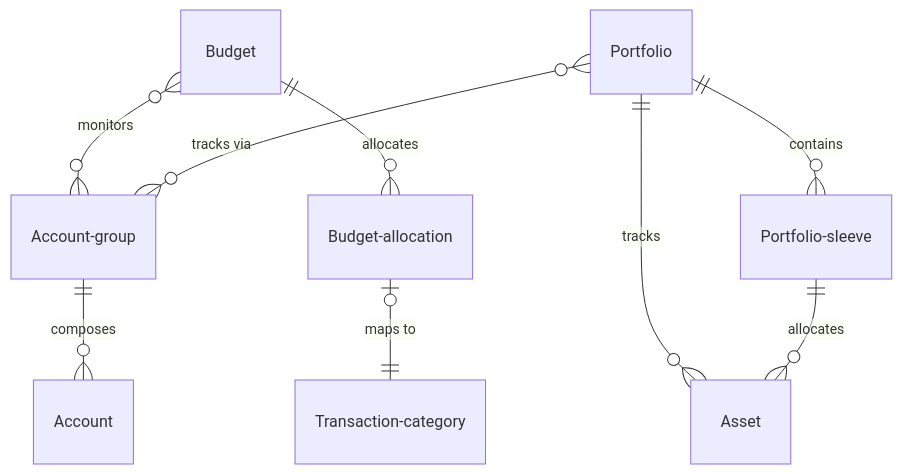
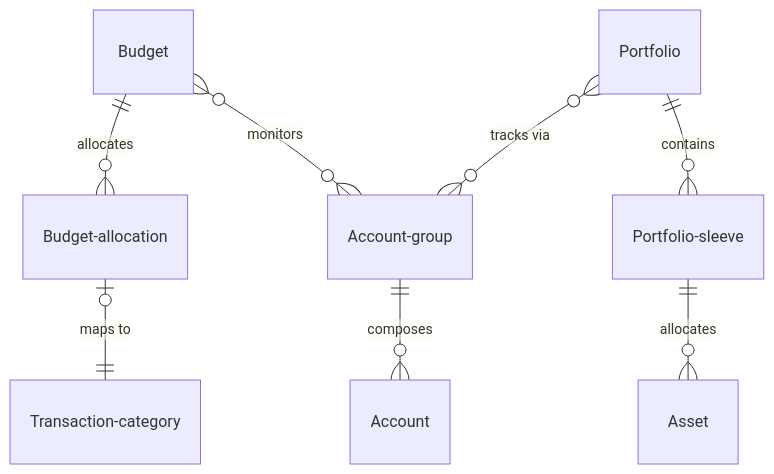
Before and after one commit to billdingwall/open-finance: the second of 7 diagrams in docs/_refinement/r6-review.md, drawn with Mermaid. The commit also changed other lines of this file and 3 other files, not shown here.

Commit message:
refactor: standardize object schemas, naming conventions, and transaction logic in documentation

````diff
--- a/docs/_refinement/r6-review.md
+++ b/docs/_refinement/r6-review.md
@@ -520,11 +577,10 @@
 ```mermaid
 erDiagram
     Account-group ||--o{ Account : "composes"
     Budget }o--o{ Account-group : "monitors"
     Budget ||--o{ Budget-allocation : "allocates"
     Budget-allocation |o--|| Transaction-category : "maps to"
     Portfolio ||--o{ Portfolio-sleeve : "contains"
     Portfolio }o--o{ Account-group : "tracks via"
-    Portfolio ||--o{ Asset : "tracks"
     Portfolio-sleeve ||--o{ Asset : "allocates"
 ```
````
